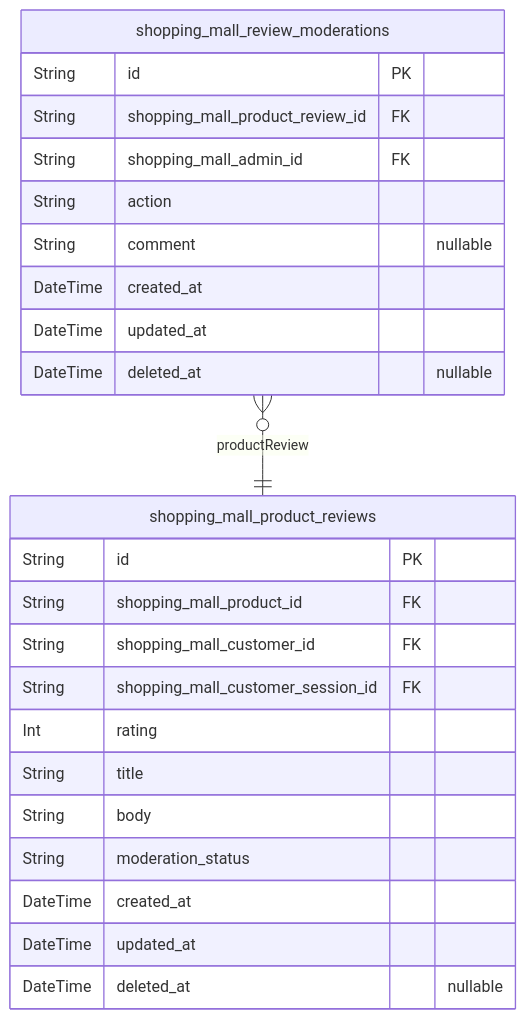
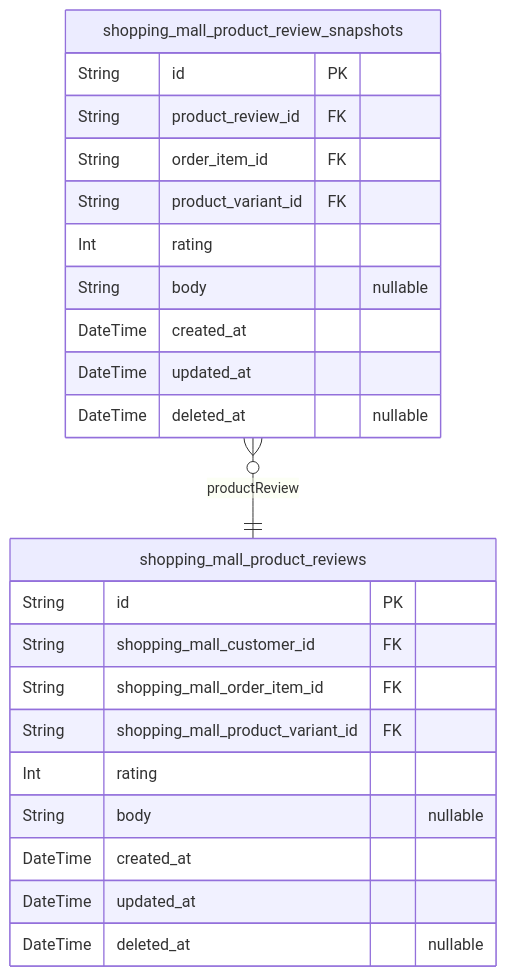
One commit to wrtnlabs/autobe-examples changed the seventh of 10 diagrams in openai/gpt-4.1-mini/shopping/docs/ERD.md. Above: the diagram before and after it, drawn with Mermaid. The commit also changed other lines of this file and 23872 other files, not shown here.

````diff
--- a/openai/gpt-4.1-mini/shopping/docs/ERD.md
+++ b/openai/gpt-4.1-mini/shopping/docs/ERD.md
@@ -941,27 +1651,26 @@
 ```mermaid
 erDiagram
 "shopping_mall_product_reviews" {
   String id PK
-  String shopping_mall_product_id FK
   String shopping_mall_customer_id FK
-  String shopping_mall_customer_session_id FK
+  String shopping_mall_order_item_id FK
+  String shopping_mall_product_variant_id FK
   Int rating
-  String title
-  String body
-  String moderation_status
+  String body "nullable"
   DateTime created_at
   DateTime updated_at
   DateTime deleted_at "nullable"
 }
-"shopping_mall_review_moderations" {
+"shopping_mall_product_review_snapshots" {
   String id PK
-  String shopping_mall_product_review_id FK
-  String shopping_mall_admin_id FK
-  String action
-  String comment "nullable"
+  String product_review_id FK
+  String order_item_id FK
+  String product_variant_id FK
+  Int rating
+  String body "nullable"
   DateTime created_at
   DateTime updated_at
   DateTime deleted_at "nullable"
 }
-"shopping_mall_review_moderations" }o--|| "shopping_mall_product_reviews" : productReview
+"shopping_mall_product_review_snapshots" }o--|| "shopping_mall_product_reviews" : productReview
 ```
````
